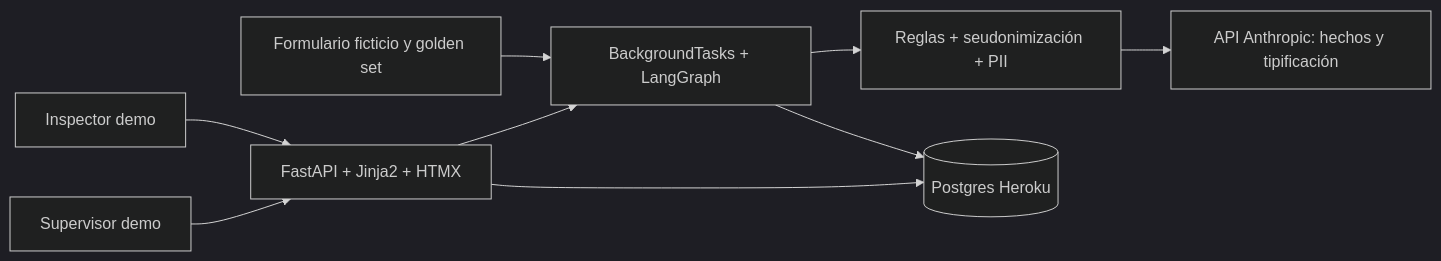
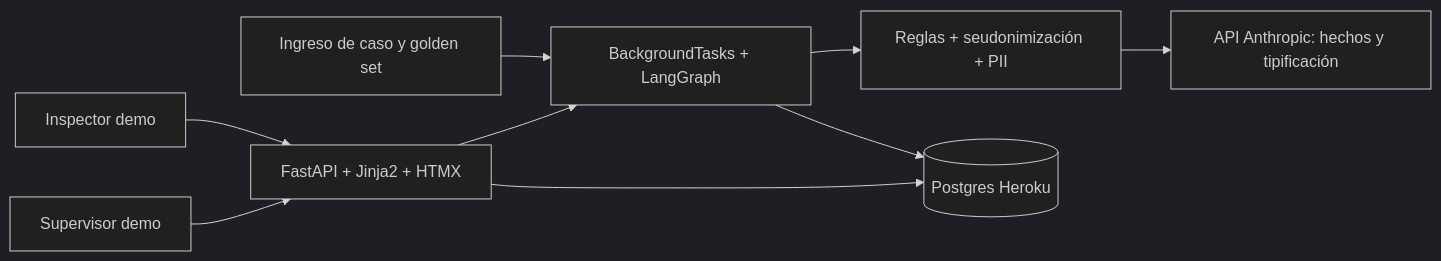
The first of 8 diagrams in docs/diagramas/README.md (Sebamardones/agente-karin-triage), drawn with Mermaid (dark theme) before and after one commit. The commit also changed other lines of this file and 19 other files, not shown here.

````diff
--- a/docs/diagramas/README.md
+++ b/docs/diagramas/README.md
@@ -23,11 +23,11 @@
 ```mermaid
 flowchart LR
   A[Inspector demo] --> UI[FastAPI + Jinja2 + HTMX]
   S[Supervisor demo] --> UI
-  I[Formulario ficticio y golden set] --> G[BackgroundTasks + LangGraph]
+  I[Ingreso de caso y golden set] --> G[BackgroundTasks + LangGraph]
   UI --> G
   G --> P[Reglas + seudonimización + PII]
   P --> C[API Anthropic: hechos y tipificación]
   G --> DB[(Postgres Heroku)]
   UI --> DB
 ```
````
